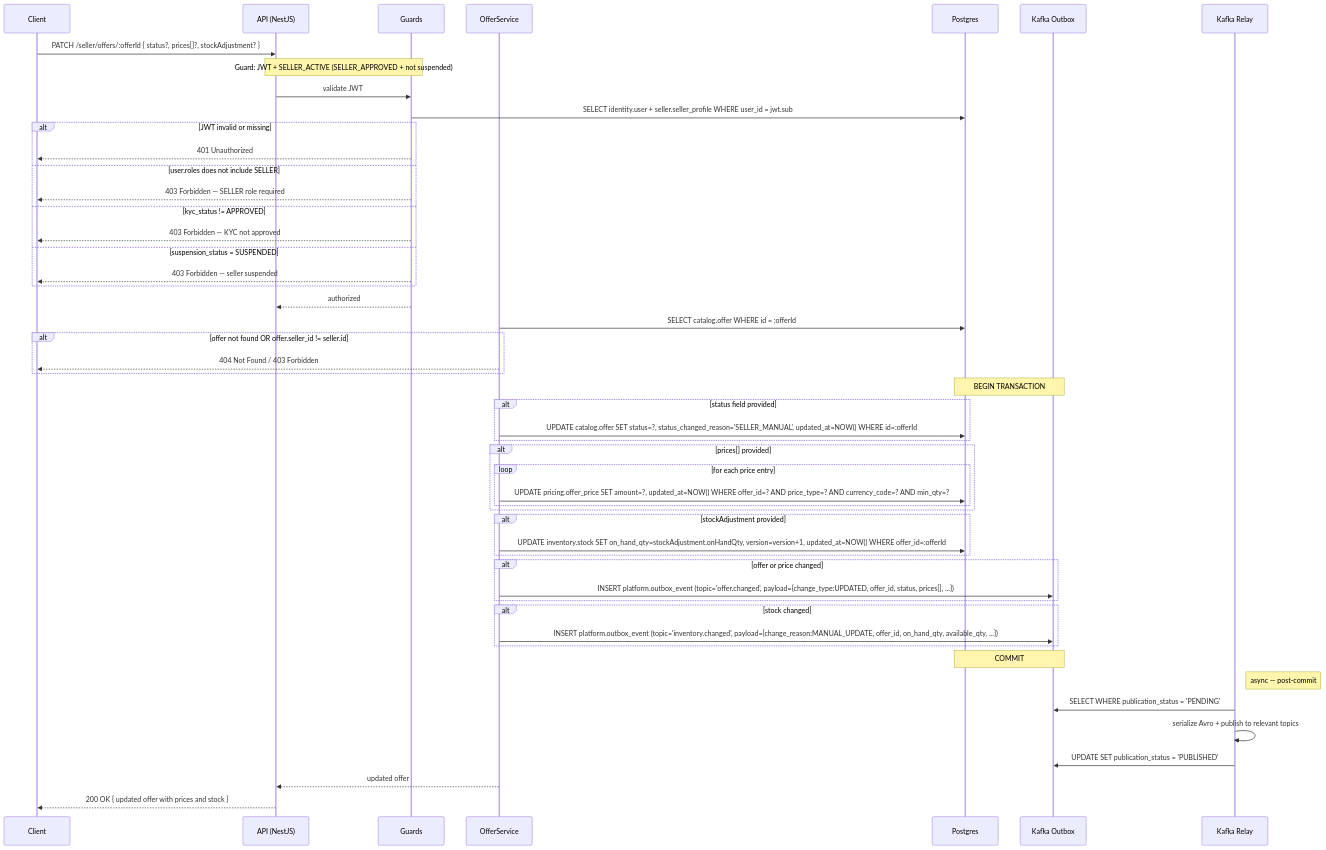
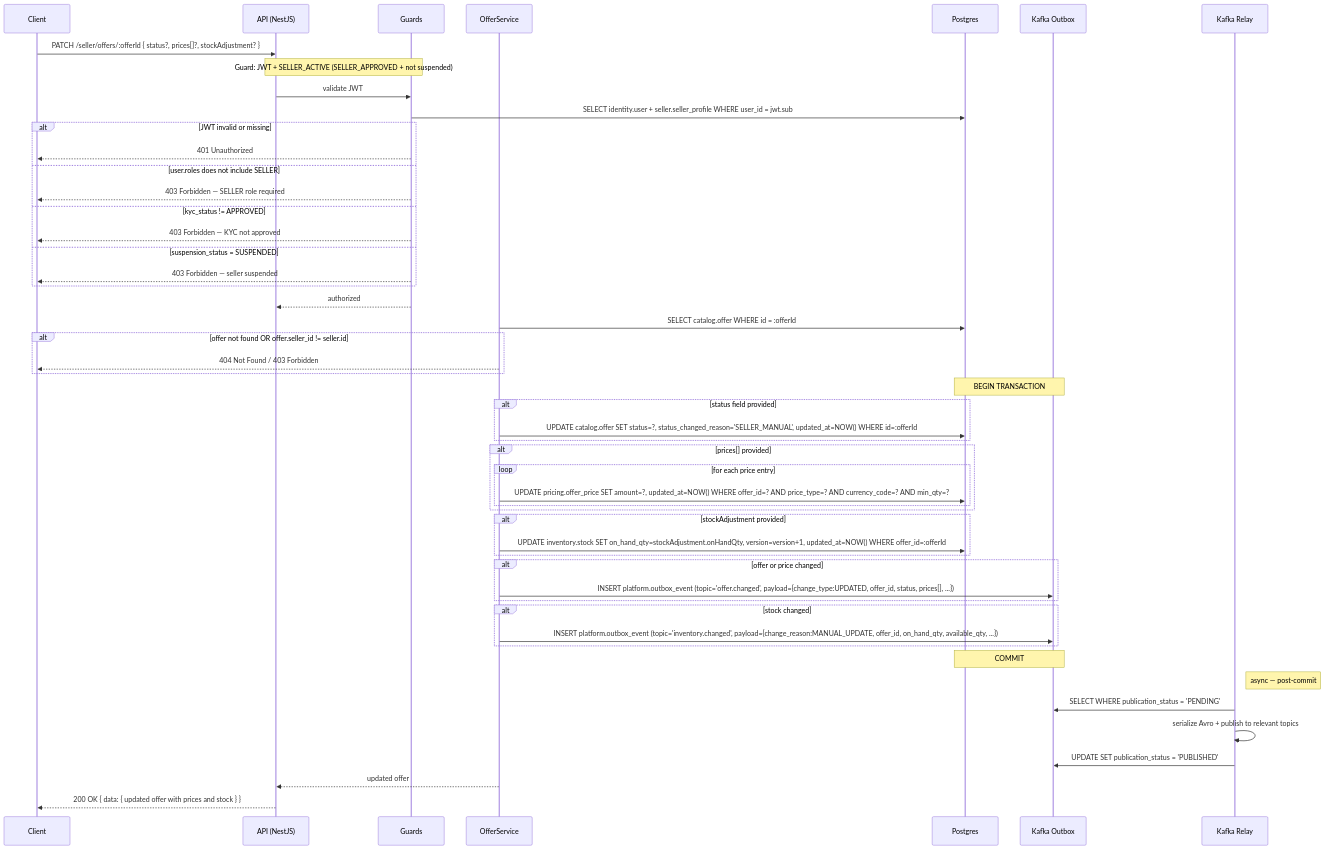
The ninth of 21 diagrams in phase-1/technical-design/api-design/seller.md (alisa-uthi/aliceut-ecom-document), drawn with Mermaid before and after one commit. The commit also changed other lines of this file and 22 other files, not shown here.

````diff
--- a/phase-1/technical-design/api-design/seller.md
+++ b/phase-1/technical-design/api-design/seller.md
@@ -603,58 +611,58 @@
 ```mermaid
 sequenceDiagram
     participant C as Client
     participant A as API (NestJS)
     participant G as Guards
     participant OS as OfferService
     participant P as Postgres
     participant KO as Kafka Outbox
     participant KR as Kafka Relay
 
     C->>A: PATCH /seller/offers/:offerId { status?, prices[]?, stockAdjustment? }
     Note over A,G: Guard: JWT + SELLER_ACTIVE (SELLER_APPROVED + not suspended)
     A->>G: validate JWT
     G->>P: SELECT identity.user + seller.seller_profile WHERE user_id = jwt.sub
     alt JWT invalid or missing
         G-->>C: 401 Unauthorized
     else user.roles does not include SELLER
         G-->>C: 403 Forbidden — SELLER role required
     else kyc_status != APPROVED
         G-->>C: 403 Forbidden — KYC not approved
     else suspension_status = SUSPENDED
         G-->>C: 403 Forbidden — seller suspended
     end
     G-->>A: authorized
 
     OS->>P: SELECT catalog.offer WHERE id = :offerId
     alt offer not found OR offer.seller_id != seller.id
         OS-->>C: 404 Not Found / 403 Forbidden
     end
 
     Note over P,KO: BEGIN TRANSACTION
     alt status field provided
         OS->>P: UPDATE catalog.offer SET status=?, status_changed_reason='SELLER_MANUAL', updated_at=NOW() WHERE id=:offerId
     end
     alt prices[] provided
         loop for each price entry
             OS->>P: UPDATE pricing.offer_price SET amount=?, updated_at=NOW() WHERE offer_id=? AND price_type=? AND currency_code=? AND min_qty=?
         end
     end
     alt stockAdjustment provided
         OS->>P: UPDATE inventory.stock SET on_hand_qty=stockAdjustment.onHandQty, version=version+1, updated_at=NOW() WHERE offer_id=:offerId
     end
     alt offer or price changed
         OS->>KO: INSERT platform.outbox_event (topic='offer.changed', payload={change_type:UPDATED, offer_id, status, prices[], ...})
     end
     alt stock changed
         OS->>KO: INSERT platform.outbox_event (topic='inventory.changed', payload={change_reason:MANUAL_UPDATE, offer_id, on_hand_qty, available_qty, ...})
     end
     Note over P,KO: COMMIT
 
     Note right of KR: async — post-commit
     KR->>KO: SELECT WHERE publication_status = 'PENDING'
     KR->>KR: serialize Avro + publish to relevant topics
     KR->>KO: UPDATE SET publication_status = 'PUBLISHED'
 
     OS-->>A: updated offer
-    A-->>C: 200 OK { updated offer with prices and stock }
+    A-->>C: 200 OK { data: { updated offer with prices and stock } }
 ```
````
